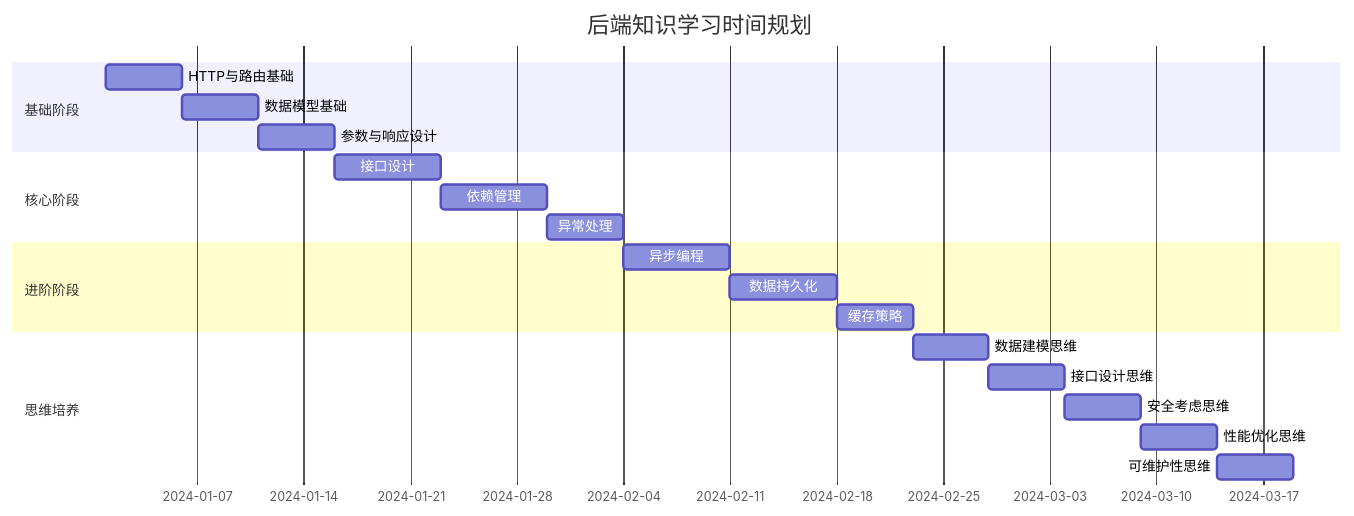
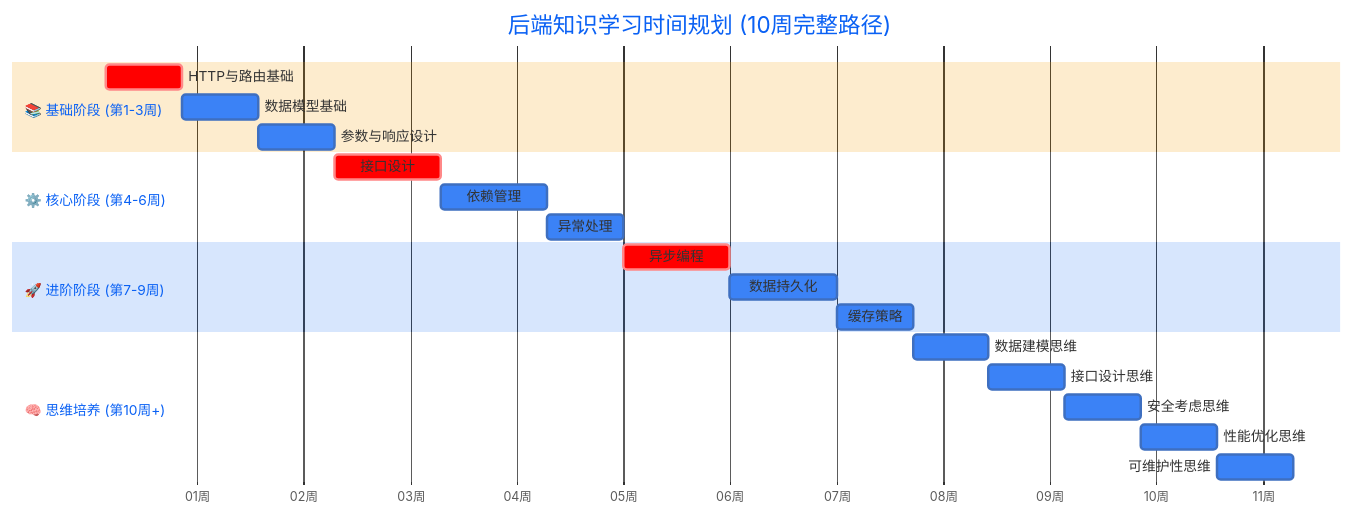
Before and after one commit to hata33/ruoyi-fastapi-full-stack: the third of 4 diagrams in ruoyi-fastapi-backend/docs/learning/06-后端知识地图/01-学习路径规划.md, drawn with Mermaid. The commit also changed other lines of this file and 9 other files, not shown here.

````diff
--- a/ruoyi-fastapi-backend/docs/learning/06-后端知识地图/01-学习路径规划.md
+++ b/ruoyi-fastapi-backend/docs/learning/06-后端知识地图/01-学习路径规划.md
@@ -52,23 +86,33 @@
 ```mermaid
+%%{init: {'theme': 'base', 'themeVariables': {
+  'primaryColor': '#3B82F6',
+  'secondaryColor': '#10B981',
+  'tertiaryColor': '#F59E0B'
+}}}%%
 gantt
-    title 后端知识学习时间规划
+    title 后端知识学习时间规划 (10周完整路径)
     dateFormat  YYYY-MM-DD
-    section 基础阶段
-    HTTP与路由基础      :a1, 2024-01-01, 5d
+    axisFormat  %W周
+
+    section 📚 基础阶段 (第1-3周)
+    HTTP与路由基础      :crit, a1, 2024-01-01, 5d
     数据模型基础        :a2, after a1, 5d
     参数与响应设计      :a3, after a2, 5d
-    section 核心阶段
-    接口设计           :b1, after a3, 7d
+
+    section ⚙️ 核心阶段 (第4-6周)
+    接口设计           :crit, b1, after a3, 7d
     依赖管理           :b2, after b1, 7d
     异常处理           :b3, after b2, 5d
-    section 进阶阶段
-    异步编程           :c1, after b3, 7d
+
+    section 🚀 进阶阶段 (第7-9周)
+    异步编程           :crit, c1, after b3, 7d
     数据持久化         :c2, after c1, 7d
     缓存策略           :c3, after c2, 5d
-    section 思维培养
+
+    section 🧠 思维培养 (第10周+)
     数据建模思维       :d1, after c3, 5d
     接口设计思维       :d2, after d1, 5d
     安全考虑思维       :d3, after d2, 5d
     性能优化思维       :d4, after d3, 5d
     可维护性思维       :d5, after d4, 5d
 ```
````
